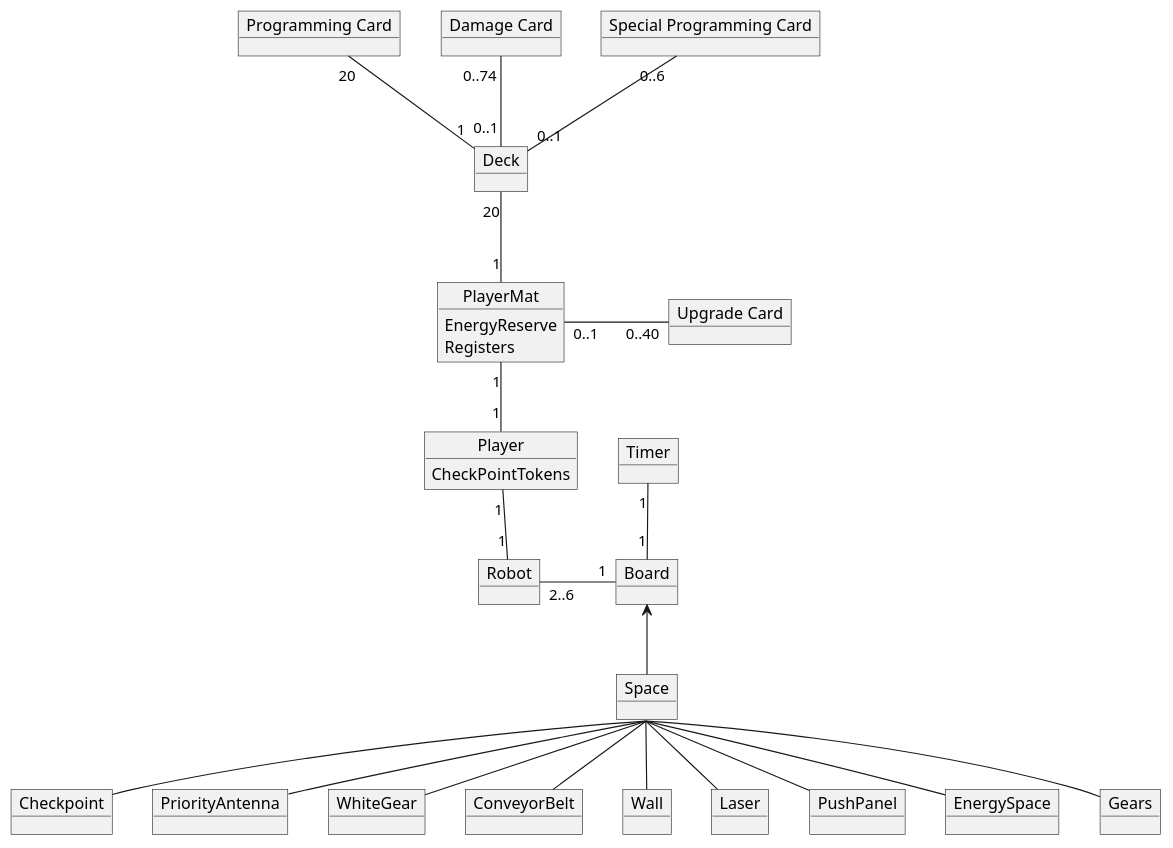
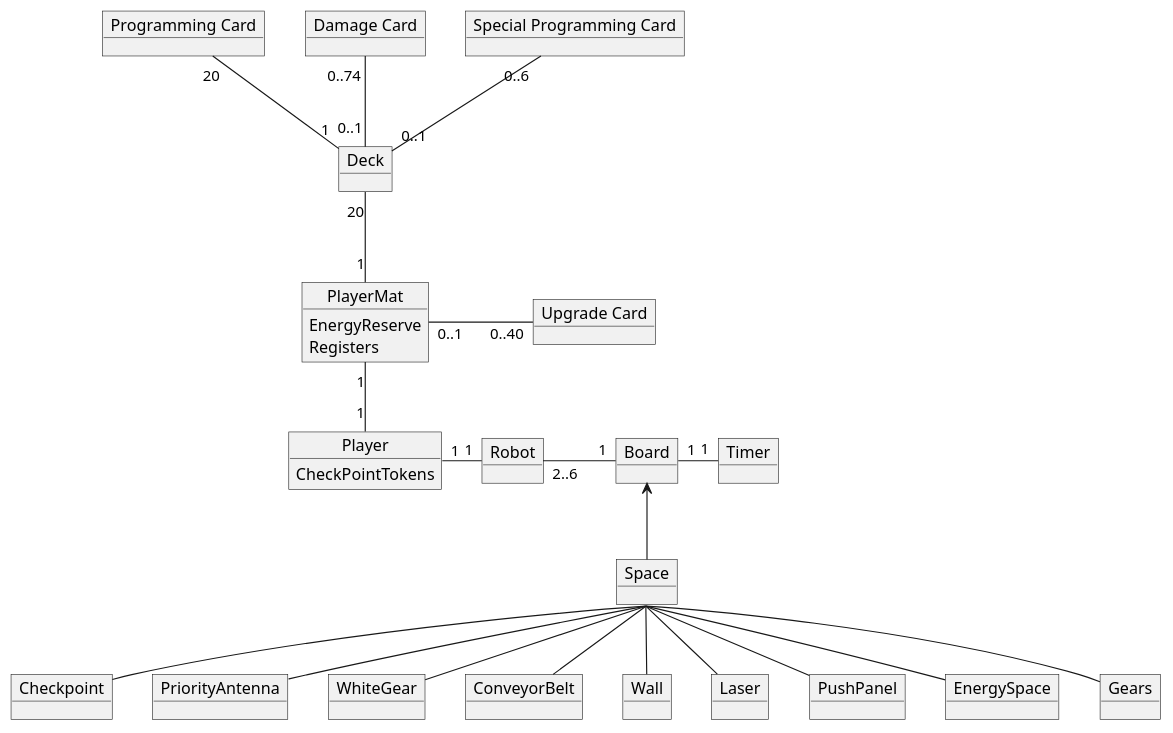
One commit to MikaelFangel/RoboRally changed the diagram in diagrams/domain_model.puml. Above: the diagram before and after it, drawn with PlantUML.

Commit message:
compacted model

```diff
--- a/diagrams/domain_model.puml
+++ b/diagrams/domain_model.puml
@@ -1,55 +1,55 @@
 @startuml
 skinparam groupInheritance 2
 
 object Board
 object Robot
 object "Programming Card" as prgcard
 object "Upgrade Card" as upcard
 object "Damage Card" as dmgcard
 object "Special Programming Card" as spccard
 object Timer
 object Player {
     CheckPointTokens
 }
 object Deck
 object PlayerMat {
     EnergyReserve
     Registers
 }
 
 Board "1" -l- "2..6" Robot : \t
-Player "1" -- "1" Robot
+Player "1" -r- "1" Robot
 Player "1" -u- "1" PlayerMat
 
 Deck "20" -- "1" PlayerMat : \t
 
 
 prgcard "20" -- "1" Deck : \t\t
 upcard "0..40" -l- "0..1" PlayerMat : \t\t
 spccard "0..6" -- "0..1" Deck : \t\t
 dmgcard "0..74" -- "0..1" Deck
-Timer "1" -- "1" Board
+Timer "1" -l- "1" Board
 
 object Space
 object Checkpoint
 object PriorityAntenna
 object WhiteGear
 object ConveyorBelt
 object Wall
 object Laser
 object PushPanel
 object EnergySpace
 object Gears
 
 Board <-- Space
-    Space <|-- Checkpoint
-    Space <|-- PriorityAntenna
-    Space <|-- WhiteGear
-    Space <|-- ConveyorBelt
-    Space <|-- Wall
-    Space <|-- Laser
-    Space <|-- PushPanel
-    Space <|-- EnergySpace
-    Space <|-- Gears
+Space <|-- Checkpoint
+Space <|-- PriorityAntenna
+Space <|-- WhiteGear
+Space <|-- ConveyorBelt
+Space <|-- Wall
+Space <|-- Laser
+Space <|-- PushPanel
+Space <|-- EnergySpace
+Space <|-- Gears
 
 @enduml
```
